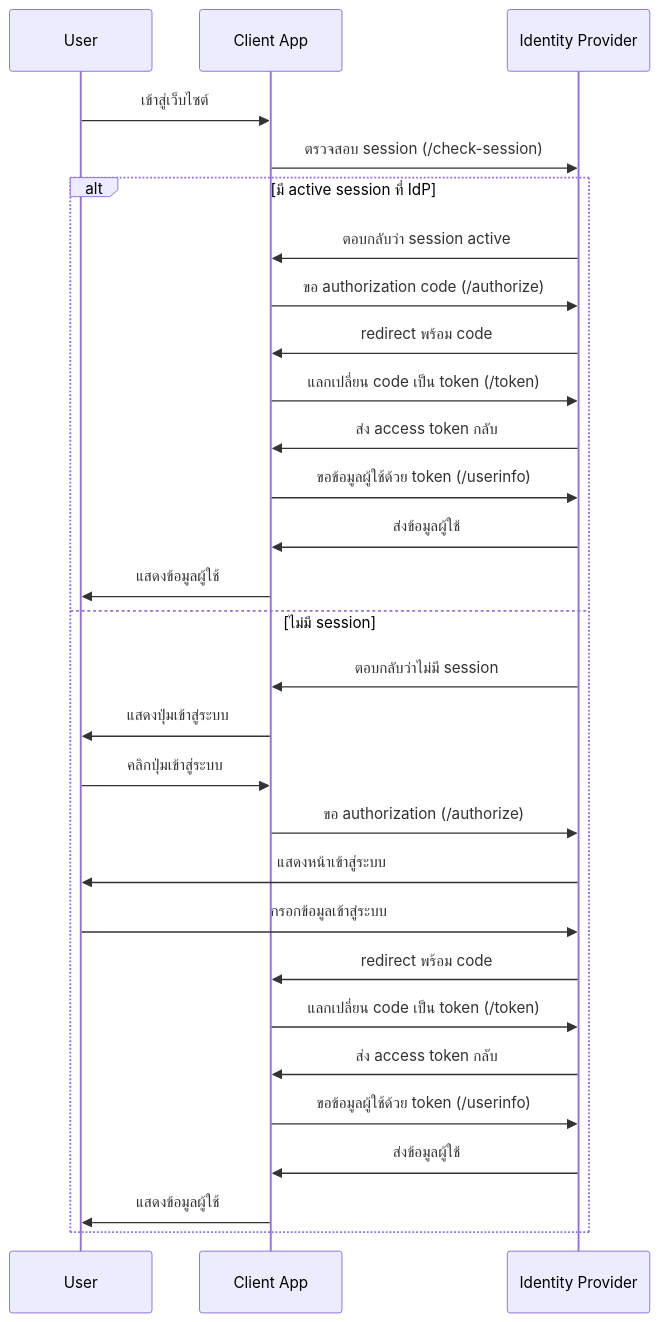
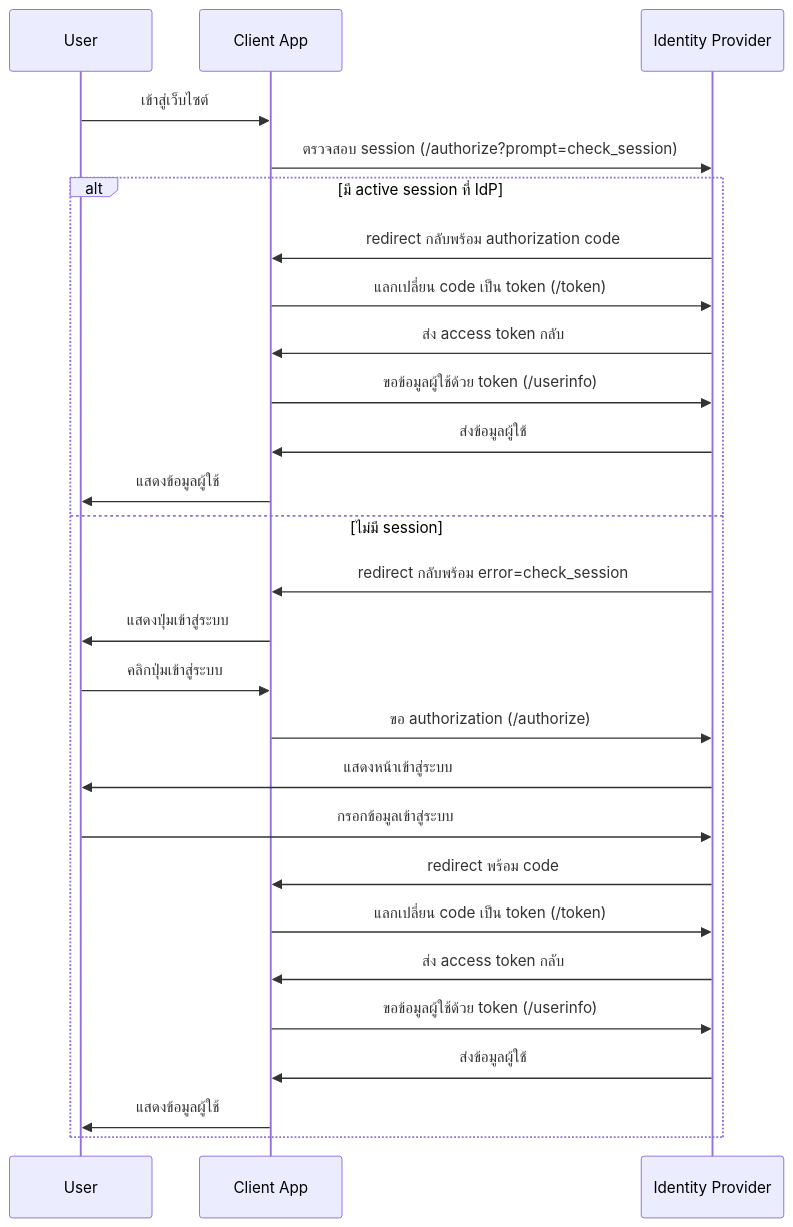
Before and after one commit to ArrayaWongsaita/Learn-basic-sso: the first of 2 diagrams in README.md, drawn with Mermaid. The commit also changed other lines of this file and 3 other files, not shown here.

````diff
--- a/README.md
+++ b/README.md
@@ -38,33 +36,31 @@
 ```mermaid
 sequenceDiagram
     participant User
     participant Client as Client App
     participant IdP as Identity Provider
 
     User->>Client: เข้าสู่เว็บไซต์
-    Client->>IdP: ตรวจสอบ session (/check-session)
+    Client->>IdP: ตรวจสอบ session (/authorize?prompt=check_session)
 
     alt มี active session ที่ IdP
-        IdP->>Client: ตอบกลับว่า session active
-        Client->>IdP: ขอ authorization code (/authorize)
-        IdP->>Client: redirect พร้อม code
+        IdP->>Client: redirect กลับพร้อม authorization code
         Client->>IdP: แลกเปลี่ยน code เป็น token (/token)
         IdP->>Client: ส่ง access token กลับ
         Client->>IdP: ขอข้อมูลผู้ใช้ด้วย token (/userinfo)
         IdP->>Client: ส่งข้อมูลผู้ใช้
         Client->>User: แสดงข้อมูลผู้ใช้
     else ไม่มี session
-        IdP->>Client: ตอบกลับว่าไม่มี session
+        IdP->>Client: redirect กลับพร้อม error=check_session
         Client->>User: แสดงปุ่มเข้าสู่ระบบ
         User->>Client: คลิกปุ่มเข้าสู่ระบบ
         Client->>IdP: ขอ authorization (/authorize)
         IdP->>User: แสดงหน้าเข้าสู่ระบบ
         User->>IdP: กรอกข้อมูลเข้าสู่ระบบ
         IdP->>Client: redirect พร้อม code
         Client->>IdP: แลกเปลี่ยน code เป็น token (/token)
         IdP->>Client: ส่ง access token กลับ
         Client->>IdP: ขอข้อมูลผู้ใช้ด้วย token (/userinfo)
         IdP->>Client: ส่งข้อมูลผู้ใช้
         Client->>User: แสดงข้อมูลผู้ใช้
     end
 ```
````
